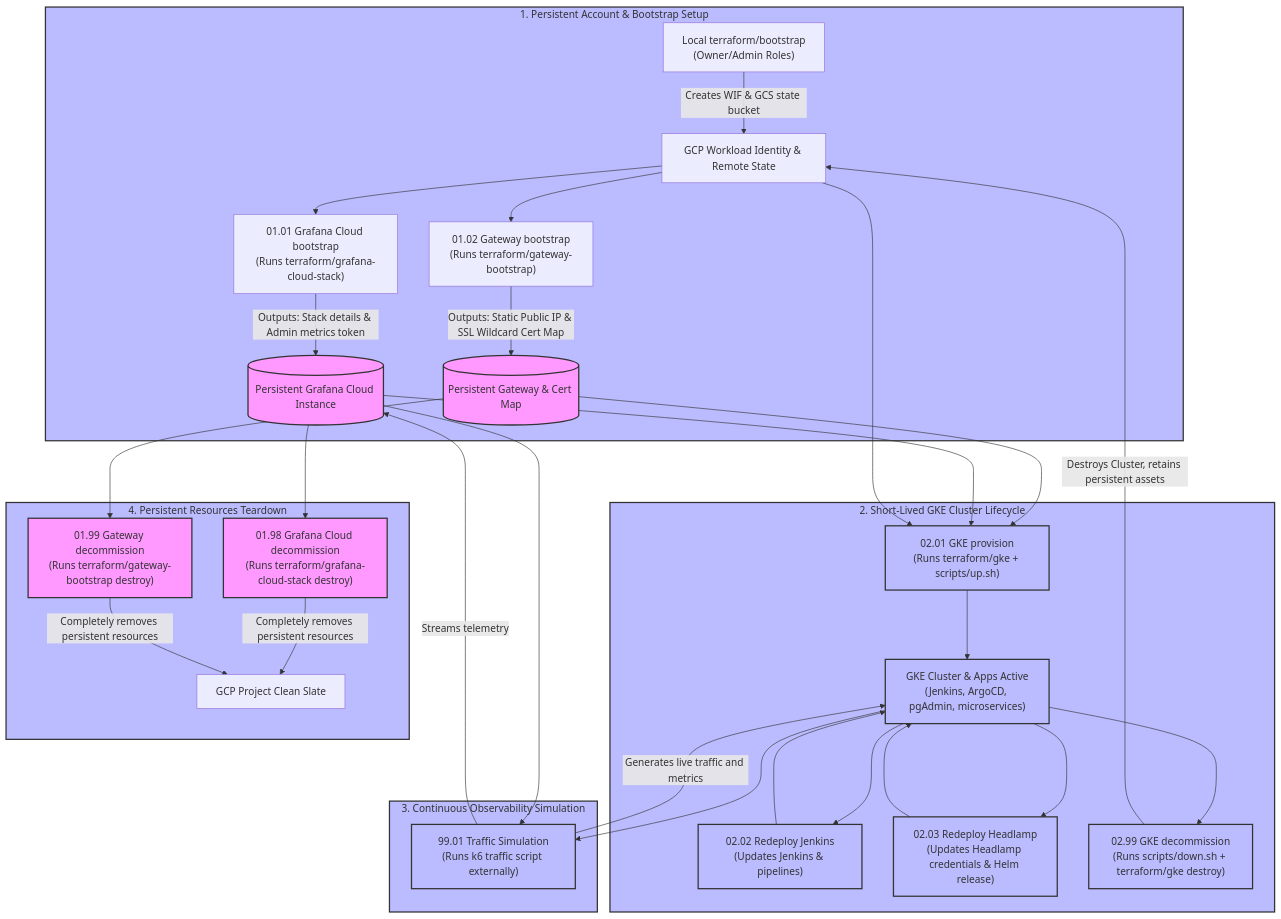
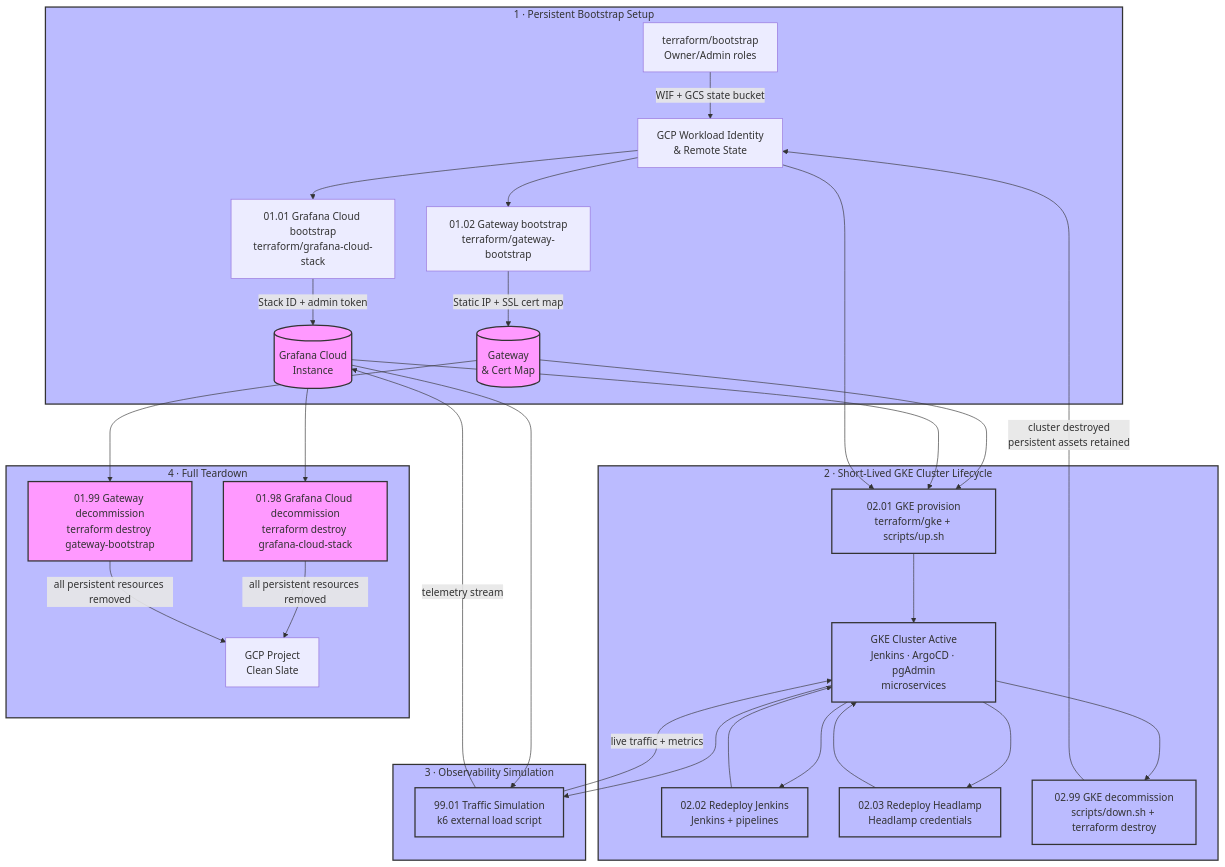
Before and after one commit to nubenetes/jenkins-2026: the eighth of 8 diagrams in README.md, drawn with Mermaid. The commit also changed other lines of this file, not shown here.

Commit message:
docs: fix text cutoff in all three Mermaid diagrams in README
- Architecture Diagram (Jenkins Controller): quoted node IDs, shortened
  edge label, split Stable Pipelines label with <br>
- GKE Cluster Topology: shortened all node labels (Nodes/Pods/Services
  CIDR blocks on two lines), split node machine/disk specs onto 3 lines,
  shortened edge labels, split Gateway API and Workload Identity labels
- Workflow Architecture & Lifecycle: shortened all node labels to fit
  within Mermaid box width, replaced verbose parenthetical phrases with
  concise <br>-split two-liners, shortened edge labels

````diff
--- a/README.md
+++ b/README.md
@@ -1245,42 +1245,38 @@
 ```mermaid
 graph TD
-    subgraph Bootstrapping ["1. Persistent Account & Bootstrap Setup"]
-        A["Local terraform/bootstrap<br>(Owner/Admin Roles)"] -->|"Creates WIF & GCS state bucket"| B["GCP Workload Identity & Remote State"]
-        B --> C["01.01 Grafana Cloud bootstrap<br>(Runs terraform/grafana-cloud-stack)"]
-        B --> D["01.02 Gateway bootstrap<br>(Runs terraform/gateway-bootstrap)"]
-        
-        C -->|"Outputs: Stack details & Admin metrics token"| E[("Persistent Grafana Cloud Instance")]
-        D -->|"Outputs: Static Public IP & SSL Wildcard Cert Map"| F[("Persistent Gateway & Cert Map")]
+    subgraph Bootstrapping ["1 · Persistent Bootstrap Setup"]
+        A["terraform/bootstrap<br>Owner/Admin roles"] -->|"WIF + GCS state bucket"| B["GCP Workload Identity<br>& Remote State"]
+        B --> C["01.01 Grafana Cloud bootstrap<br>terraform/grafana-cloud-stack"]
+        B --> D["01.02 Gateway bootstrap<br>terraform/gateway-bootstrap"]
+        C -->|"Stack ID + admin token"| E[("Grafana Cloud<br>Instance")]
+        D -->|"Static IP + SSL cert map"| F[("Gateway<br>& Cert Map")]
     end
 
-    subgraph GKE_Lifecycle ["2. Short-Lived GKE Cluster Lifecycle"]
-        F & E & B --> G["02.01 GKE provision<br>(Runs terraform/gke + scripts/up.sh)"]
-        G --> H["GKE Cluster & Apps Active<br>(Jenkins, ArgoCD, pgAdmin, microservices)"]
-        
-        H --> I["02.02 Redeploy Jenkins<br>(Updates Jenkins & pipelines)"]
-        H --> J["02.03 Redeploy Headlamp<br>(Updates Headlamp credentials & Helm release)"]
-        
+    subgraph GKE_Lifecycle ["2 · Short-Lived GKE Cluster Lifecycle"]
+        F & E & B --> G["02.01 GKE provision<br>terraform/gke + scripts/up.sh"]
+        G --> H["GKE Cluster Active<br>Jenkins · ArgoCD · pgAdmin<br>microservices"]
+        H --> I["02.02 Redeploy Jenkins<br>Jenkins + pipelines"]
+        H --> J["02.03 Redeploy Headlamp<br>Headlamp credentials"]
         I & J --> H
-        
-        H --> K["02.99 GKE decommission<br>(Runs scripts/down.sh + terraform/gke destroy)"]
-        K -->|"Destroys Cluster, retains persistent assets"| B
+        H --> K["02.99 GKE decommission<br>scripts/down.sh + terraform destroy"]
+        K -->|"cluster destroyed<br>persistent assets retained"| B
     end
 
-    subgraph Simulation ["3. Continuous Observability Simulation"]
-        H & E --> O["99.01 Traffic Simulation<br>(Runs k6 traffic script externally)"]
-        O -->|"Generates live traffic and metrics"| H
-        O -->|"Streams telemetry"| E
+    subgraph Simulation ["3 · Observability Simulation"]
+        H & E --> O["99.01 Traffic Simulation<br>k6 external load script"]
+        O -->|"live traffic + metrics"| H
+        O -->|"telemetry stream"| E
     end
 
-    subgraph Persistent_Teardown ["4. Persistent Resources Teardown"]
-        E --> L["01.98 Grafana Cloud decommission<br>(Runs terraform/grafana-cloud-stack destroy)"]
-        F --> M["01.99 Gateway decommission<br>(Runs terraform/gateway-bootstrap destroy)"]
-        L & M -->|"Completely removes persistent resources"| N["GCP Project Clean Slate"]
+    subgraph Persistent_Teardown ["4 · Full Teardown"]
+        E --> L["01.98 Grafana Cloud decommission<br>terraform destroy grafana-cloud-stack"]
+        F --> M["01.99 Gateway decommission<br>terraform destroy gateway-bootstrap"]
+        L & M -->|"all persistent resources removed"| N["GCP Project<br>Clean Slate"]
     end
 
     classDef persistent fill:#f9f,stroke:#333,stroke-width:2px;
     classDef cluster fill:#bbf,stroke:#333,stroke-width:2px;
     classDef process fill:#fff,stroke:#333,stroke-width:1px;
     class E,F,L,M persistent;
     class G,H,I,J,K,O cluster;
 ```
````
